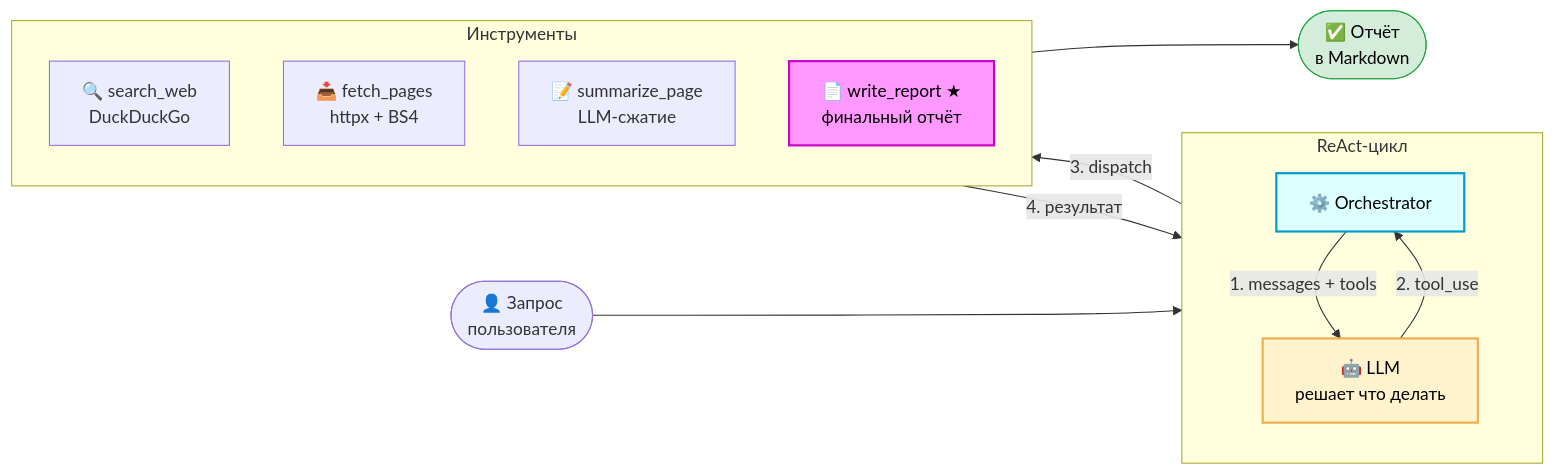
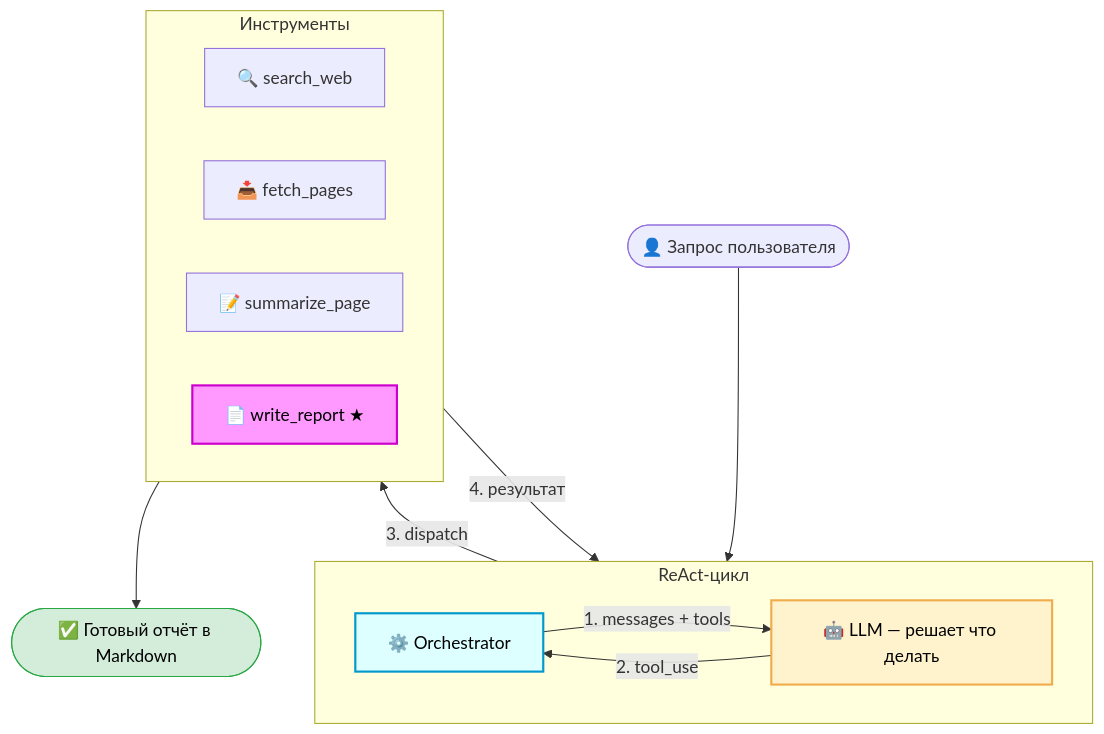
Before and after one commit to ivanshamaev/research-agent: the diagram in README.md, drawn with Mermaid.

````diff
--- a/README.md
+++ b/README.md
@@ -15,32 +15,32 @@
 ```mermaid
-flowchart LR
-    User(["👤 Запрос\nпользователя"])
+flowchart TD
+    User(["👤 Запрос пользователя"])
 
-    subgraph react["ReAct-цикл"]
-        direction TB
+    subgraph cycle["ReAct-цикл"]
+        direction LR
         Orch["⚙️ Orchestrator"]
-        LLM["🤖 LLM\nрешает что делать"]
+        LLM["🤖 LLM — решает что делать"]
         Orch -->|"1. messages + tools"| LLM
         LLM -->|"2. tool_use"| Orch
     end
 
     subgraph toolbox["Инструменты"]
-        direction TB
-        Search["🔍 search_web\nDuckDuckGo"]
-        Fetch["📥 fetch_pages\nhttpx + BS4"]
-        Summ["📝 summarize_page\nLLM-сжатие"]
-        Report["📄 write_report ★\nфинальный отчёт"]
+        direction LR
+        Search["🔍 search_web"]
+        Fetch["📥 fetch_pages"]
+        Summ["📝 summarize_page"]
+        Report["📄 write_report ★"]
     end
 
-    Done(["✅ Отчёт\nв Markdown"])
+    Done(["✅ Готовый отчёт в Markdown"])
 
     User --> Orch
     Orch -->|"3. dispatch"| toolbox
     toolbox -->|"4. результат"| Orch
     Report --> Done
 
     style Report fill:#f9f,stroke:#c0c,stroke-width:2px,color:#000
     style Done fill:#d4edda,stroke:#28a745,color:#000
     style Orch fill:#dff,stroke:#09c,stroke-width:2px,color:#000
     style LLM fill:#fff3cd,stroke:#f0ad4e,stroke-width:2px,color:#000
 ```
````
